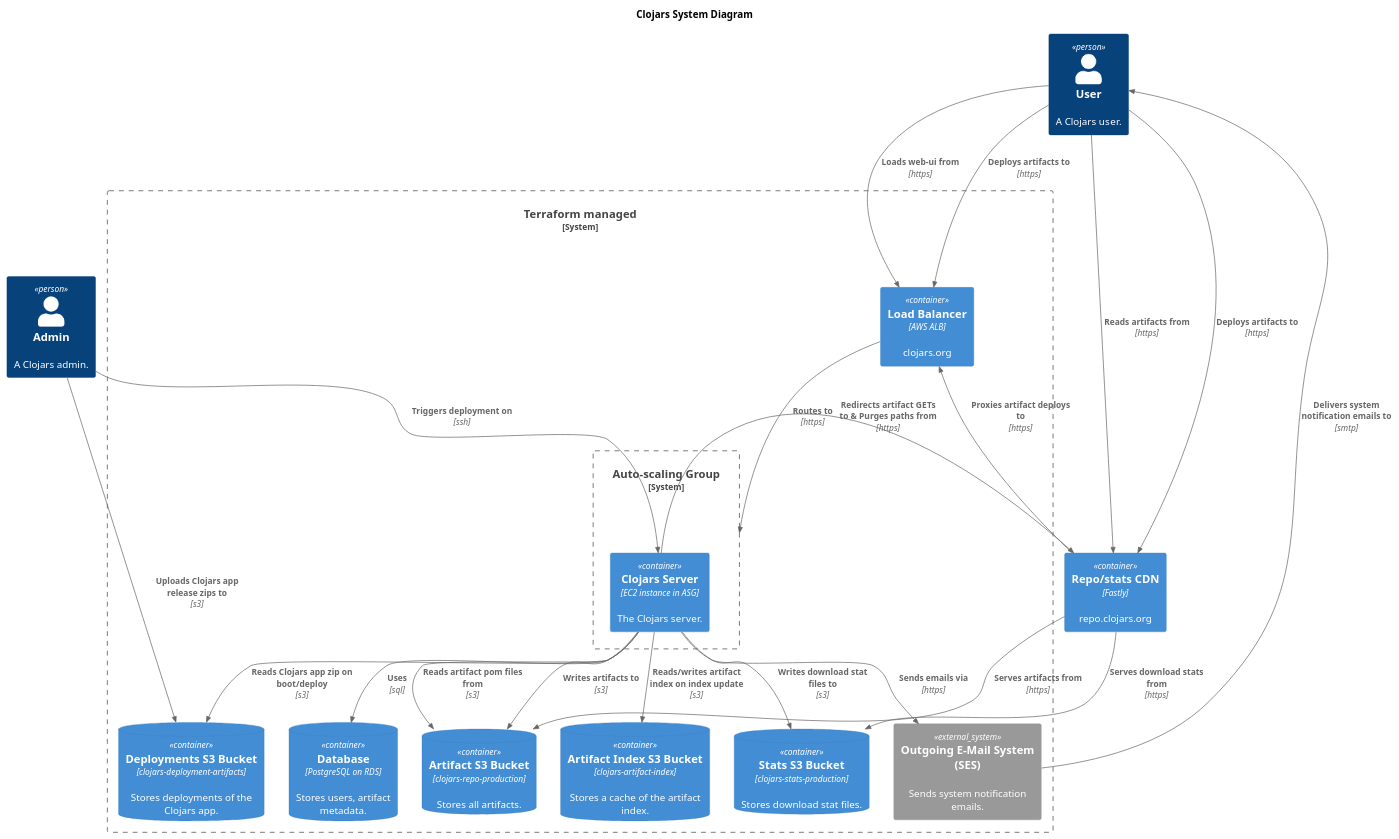
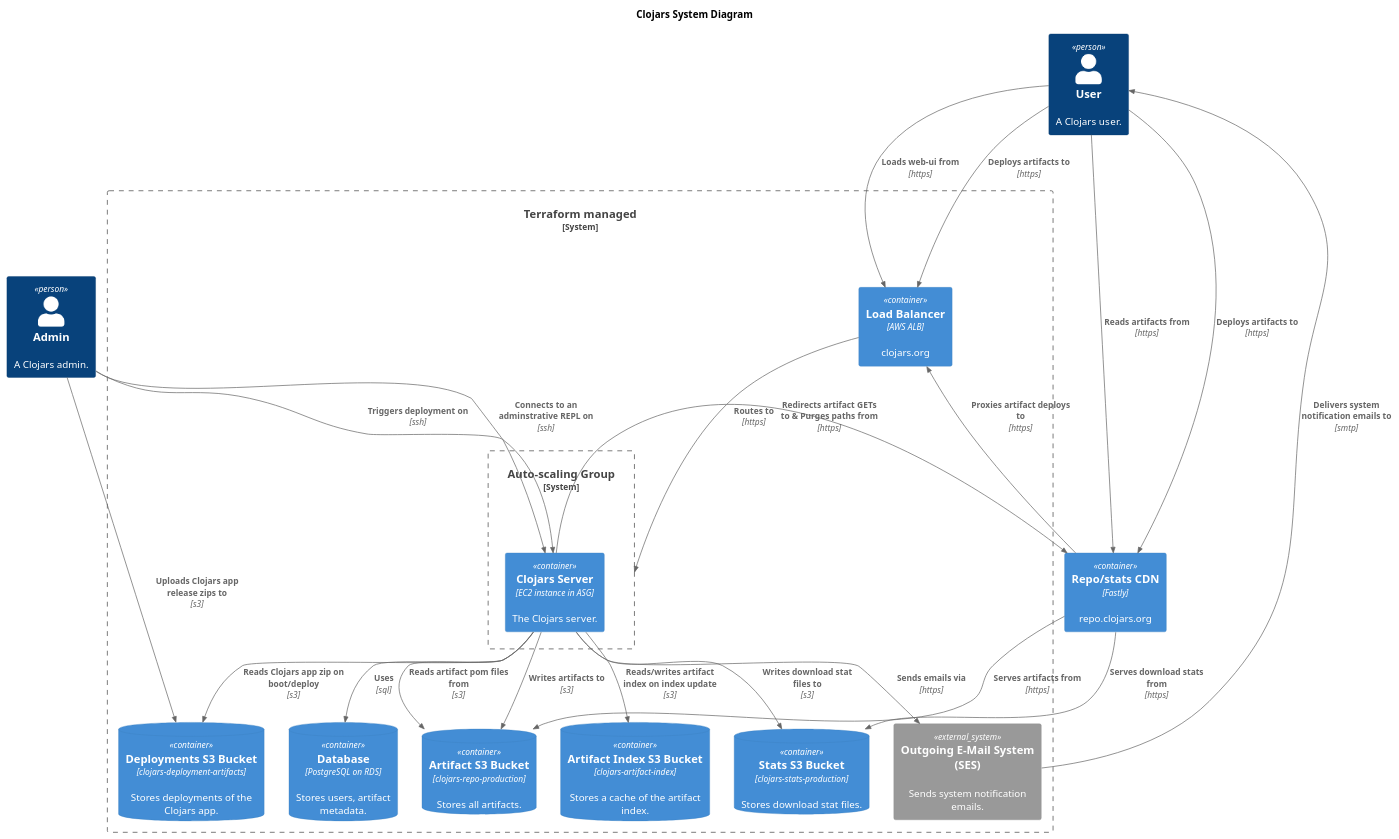
The diagram in system_diagram.puml (clojars/infrastructure), drawn with PlantUML before and after one commit. The commit also changed 1 other file, not shown here.

Commit message:
Update system diagram to include admin repl

```diff
--- a/system_diagram.puml
+++ b/system_diagram.puml
@@ -1,51 +1,52 @@
 @startuml system_diagram
 !includeurl https://raw.githubusercontent.com/RicardoNiepel/C4-PlantUML/release/1-0/C4_Container.puml
 
 title Clojars System Diagram
 
 Person(admin, "Admin", "A Clojars admin.")
 Person(user, "User", "A Clojars user.")
 
 System_Boundary(terraform, "Terraform managed") {
   Container(lb, "Load Balancer", "AWS ALB", "clojars.org")
 
 System_Boundary(asg, "Auto-scaling Group") {
     Container(instance, "Clojars Server", "EC2 instance in ASG", "The Clojars server.")
   }
   
   ContainerDb(database, "Database", "PostgreSQL on RDS", "Stores users, artifact metadata.")
   ContainerDb(repo_bucket, "Artifact S3 Bucket", "clojars-repo-production", "Stores all artifacts.")
   ContainerDb(stats_bucket, "Stats S3 Bucket", "clojars-stats-production", "Stores download stat files.")
   ContainerDb(artifact_index_bucket, "Artifact Index S3 Bucket", "clojars-artifact-index", "Stores a cache of the artifact index.")
   ContainerDb(deployments_bucket, "Deployments S3 Bucket", "clojars-deployment-artifacts", "Stores deployments of the Clojars app.")
 
   System_Ext(ses, "Outgoing E-Mail System (SES)", "Sends system notification emails.")
 }
 
 Container(fastly, "Repo/stats CDN", "Fastly", "repo.clojars.org")
 
 Rel(admin, deployments_bucket, "Uploads Clojars app release zips to", "s3")
 Rel(admin, instance, "Triggers deployment on", "ssh")
+Rel(admin, instance, "Connects to an adminstrative REPL on", "ssh")
 
 Rel(user, lb, "Loads web-ui from", "https")
 Rel(user, lb, "Deploys artifacts to", "https")
 Rel(user, fastly, "Reads artifacts from", "https")
 Rel(user, fastly, "Deploys artifacts to", "https")
 
 Rel(lb, asg, "Routes to", "https")
 
 Rel(instance, database, "Uses", "sql")
 Rel(instance, repo_bucket, "Writes artifacts to", "s3")
 Rel(instance, repo_bucket, "Reads artifact pom files from", "s3")
 Rel(instance, stats_bucket, "Writes download stat files to", "s3")
 Rel(instance, fastly, "Redirects artifact GETs to & Purges paths from", "https")
 Rel(instance, ses, "Sends emails via", "https")
 Rel(instance, artifact_index_bucket, "Reads/writes artifact index on index update", "s3")
 Rel(instance, deployments_bucket, "Reads Clojars app zip on boot/deploy", "s3")
 
 Rel(ses, user, "Delivers system notification emails to", "smtp")
 
 Rel(fastly, repo_bucket, "Serves artifacts from", "https")
 Rel(fastly, stats_bucket, "Serves download stats from", "https")
 Rel(fastly, lb, "Proxies artifact deploys to", "https")
 @enduml
```
